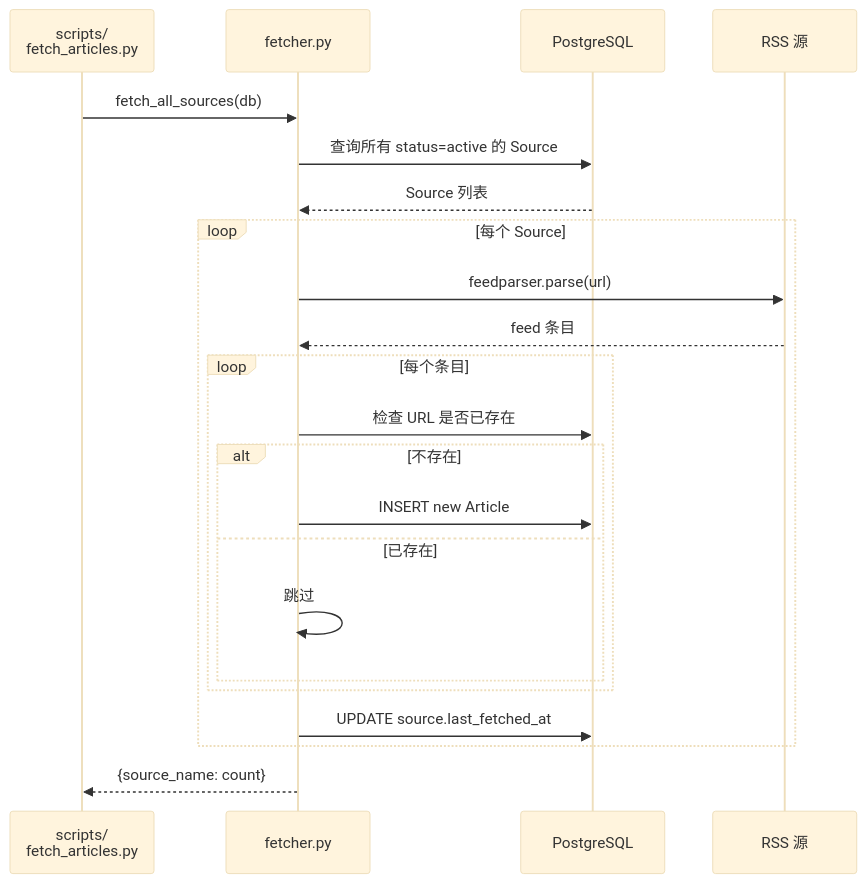
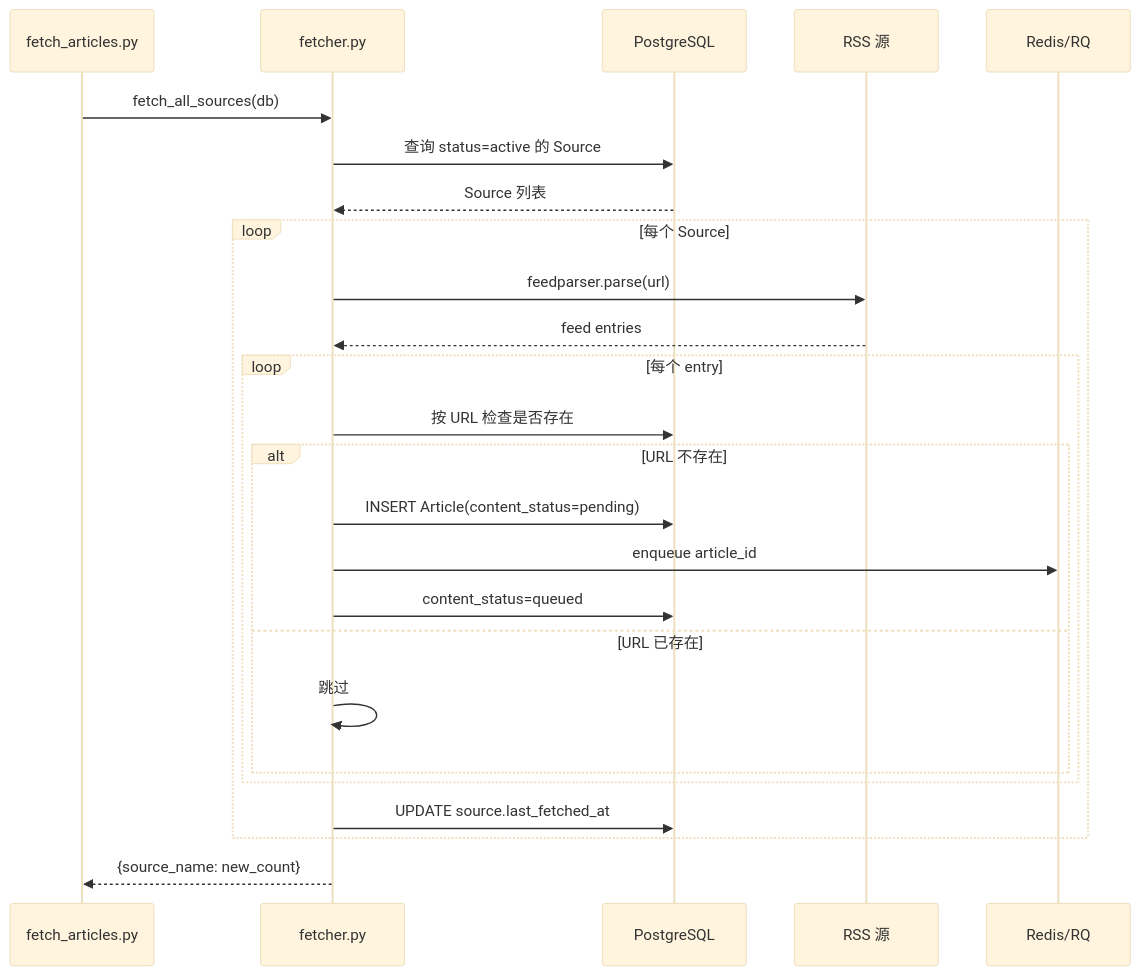
One commit to AzureTsui/Tripolar changed the second of 3 diagrams in docs/DATA_FLOW.md. Above: the diagram before and after it, drawn with Mermaid (base theme). The commit also changed other lines of this file and 15 other files, not shown here.

First line of the commit message:
feat: add article content crawler pipeline

````diff
--- a/docs/DATA_FLOW.md
+++ b/docs/DATA_FLOW.md
@@ -89,25 +99,28 @@
 ```mermaid
 sequenceDiagram
-    participant S as scripts/<br>fetch_articles.py
+    participant S as fetch_articles.py
     participant F as fetcher.py
     participant DB as PostgreSQL
     participant RSS as RSS 源
+    participant Q as Redis/RQ
 
     S->>F: fetch_all_sources(db)
-    F->>DB: 查询所有 status=active 的 Source
+    F->>DB: 查询 status=active 的 Source
     DB-->>F: Source 列表
     loop 每个 Source
         F->>RSS: feedparser.parse(url)
-        RSS-->>F: feed 条目
-        loop 每个条目
-            F->>DB: 检查 URL 是否已存在
-            alt 不存在
-                F->>DB: INSERT new Article
-            else 已存在
+        RSS-->>F: feed entries
+        loop 每个 entry
+            F->>DB: 按 URL 检查是否存在
+            alt URL 不存在
+                F->>DB: INSERT Article(content_status=pending)
+                F->>Q: enqueue article_id
+                F->>DB: content_status=queued
+            else URL 已存在
                 F->>F: 跳过
             end
         end
         F->>DB: UPDATE source.last_fetched_at
     end
-    F-->>S: {source_name: count}
+    F-->>S: {source_name: new_count}
 ```
````
